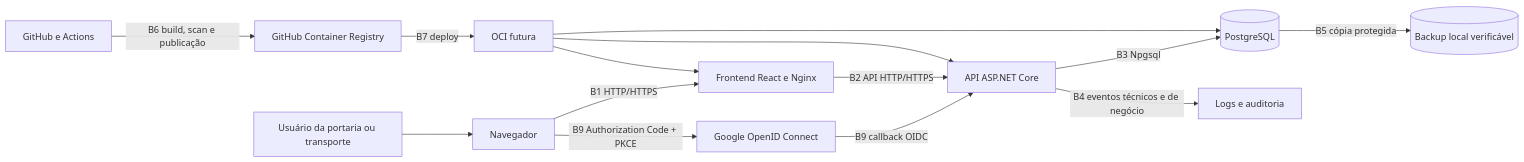
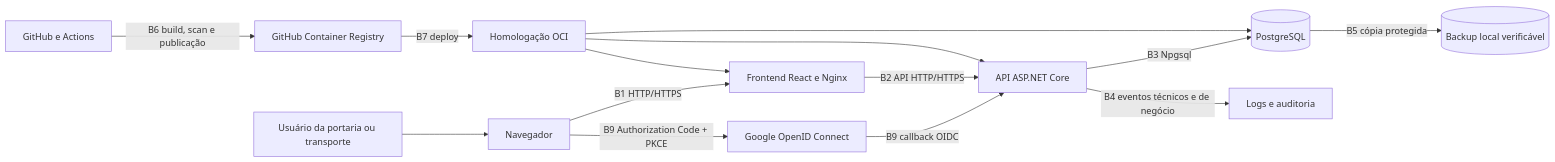
Before and after one commit to ifpebj-ti/controle-acesso-veiculos: the diagram in docs/security/threat-model.md, drawn with Mermaid. The commit also changed other lines of this file and 2 other files, not shown here.

First line of the commit message:
docs: synchronize OCI threat model

````diff
--- a/docs/security/threat-model.md
+++ b/docs/security/threat-model.md
@@ -107,28 +107,28 @@
 ```mermaid
 flowchart LR
     User[Usuário da portaria ou transporte]
     Browser[Navegador]
     Frontend[Frontend React e Nginx]
     Api[API ASP.NET Core]
     Db[(PostgreSQL)]
     Logs[Logs e auditoria]
     Backup[(Backup local verificável)]
     GitHub[GitHub e Actions]
     Registry[GitHub Container Registry]
     Google[Google OpenID Connect]
-    Oci[OCI futura]
+    Oci[Homologação OCI]
 
     User --> Browser
     Browser -->|B9 Authorization Code + PKCE| Google
     Google -->|B9 callback OIDC| Api
     Browser -->|B1 HTTP/HTTPS| Frontend
     Frontend -->|B2 API HTTP/HTTPS| Api
     Api -->|B3 Npgsql| Db
     Api -->|B4 eventos técnicos e de negócio| Logs
     Db -->|B5 cópia protegida| Backup
     GitHub -->|B6 build, scan e publicação| Registry
     Registry -->|B7 deploy| Oci
     Oci --> Frontend
     Oci --> Api
     Oci --> Db
 ```
````
